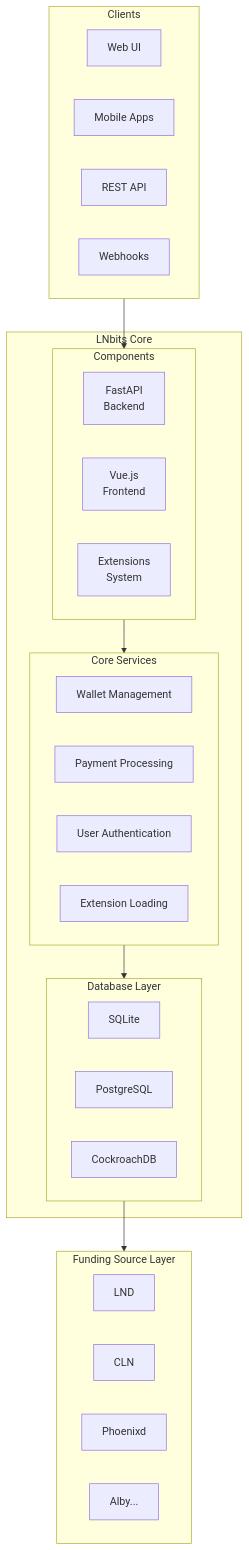
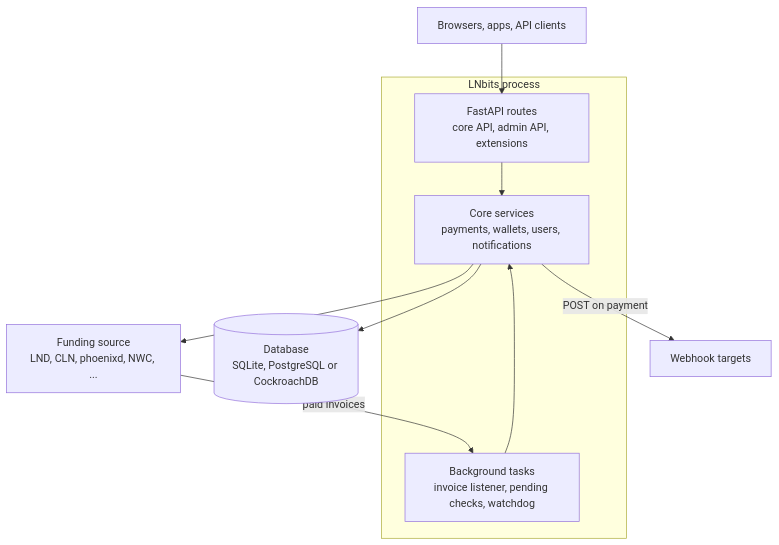
Before and after one commit to lndocs/lndocs.github.io: the first of 3 diagrams in docs/architecture/overview.md, drawn with Mermaid. The commit also changed other lines of this file and 22 other files, not shown here.

First line of the commit message:
Rewrite architecture, guides, development, FAQ and resources for v1.6.2 (#5)

````diff
--- a/docs/architecture/overview.md
+++ b/docs/architecture/overview.md
@@ -13,42 +16,22 @@
 ```mermaid
 flowchart TB
-    subgraph Clients["Clients"]
-        WebUI["Web UI"]
-        Mobile["Mobile Apps"]
-        API["REST API"]
-        WH["Webhooks"]
+    Clients["Browsers, apps, API clients"]
+
+    subgraph Process["LNbits process"]
+        Routes["FastAPI routes<br/>core API, admin API, extensions"]
+        Services["Core services<br/>payments, wallets, users, notifications"]
+        Tasks["Background tasks<br/>invoice listener, pending checks, watchdog"]
     end
 
-    subgraph Core["LNbits Core"]
-        subgraph Components["Components"]
-            FastAPI["FastAPI<br/>Backend"]
-            Vue["Vue.js<br/>Frontend"]
-            Ext["Extensions<br/>System"]
-        end
+    DB[("Database<br/>SQLite, PostgreSQL or CockroachDB")]
+    Funding["Funding source<br/>LND, CLN, phoenixd, NWC, ..."]
+    Webhooks["Webhook targets"]
 
-        subgraph Services["Core Services"]
-            Wallet["Wallet Management"]
-            Pay["Payment Processing"]
-            Auth["User Authentication"]
-            ExtLoad["Extension Loading"]
-        end
-
-        subgraph DB["Database Layer"]
-            SQLite["SQLite"]
-            Postgres["PostgreSQL"]
-            Cockroach["CockroachDB"]
-        end
-    end
-
-    subgraph Funding["Funding Source Layer"]
-        LND["LND"]
-        CLN["CLN"]
-        Phoenixd["Phoenixd"]
-        Alby["Alby..."]
-    end
-
-    Clients --> Components
-    Components --> Services
+    Clients --> Routes
+    Routes --> Services
     Services --> DB
-    DB --> Funding
+    Services --> Funding
+    Funding -- "paid invoices" --> Tasks
+    Tasks --> Services
+    Services -- "POST on payment" --> Webhooks
 ```
````
